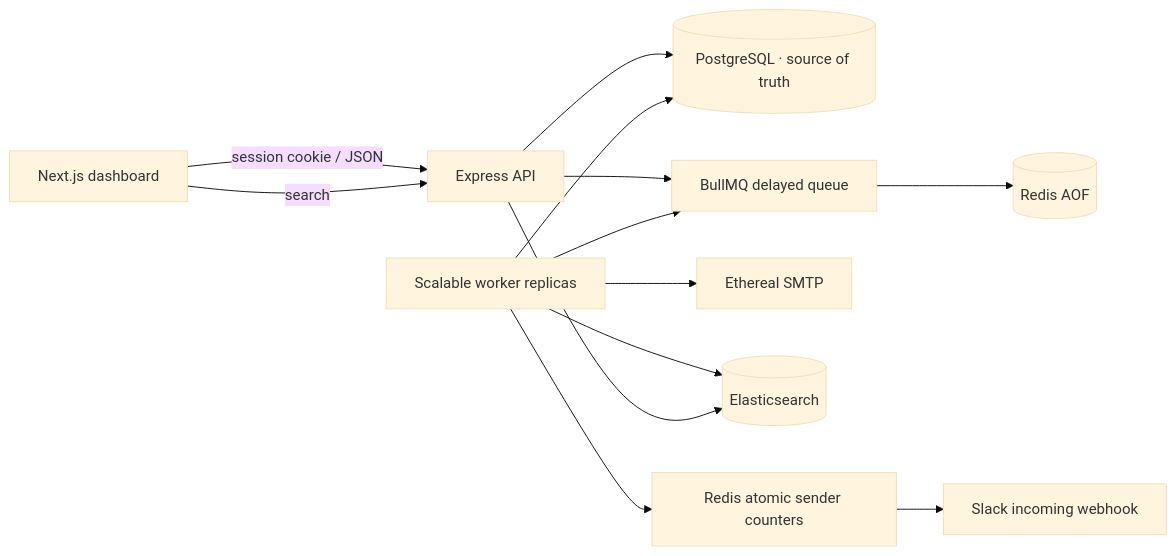
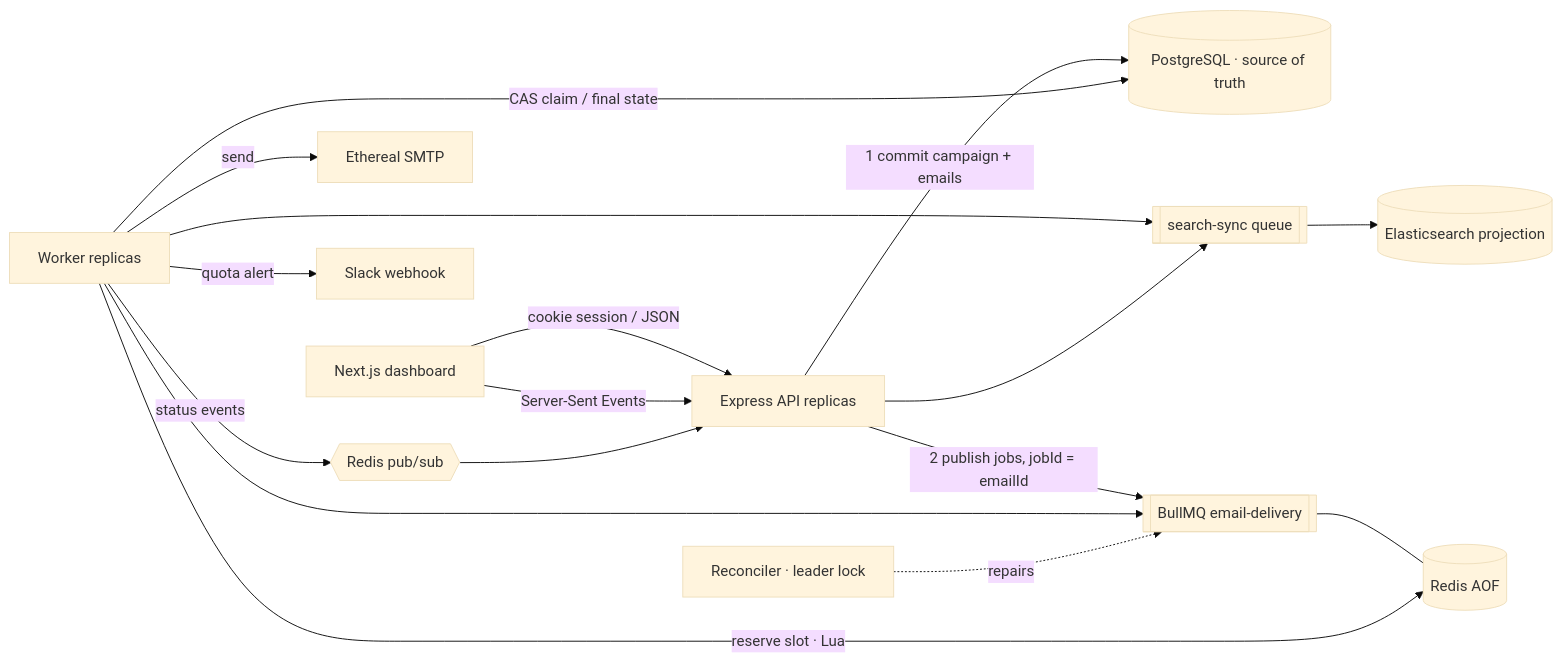
One commit to Ravikiranreddybada/reachinbox-scheduler changed the diagram in README.md. Above: the diagram before and after it, drawn with Mermaid (base theme). The commit also changed other lines of this file and 134 other files, not shown here.

````diff
--- a/README.md
+++ b/README.md
@@ -16,14 +24,16 @@
 ```mermaid
 flowchart LR
-  UI[Next.js dashboard] -->|session cookie / JSON| API[Express API]
-  API --> DB[(PostgreSQL · source of truth)]
-  API --> Q[BullMQ delayed queue]
-  Q --> R[(Redis AOF)]
-  W[Scalable worker replicas] --> Q
-  W --> DB
-  W --> SMTP[Ethereal SMTP]
-  W --> ES[(Elasticsearch)]
-  W --> RL[Redis atomic sender counters]
-  RL --> SLACK[Slack incoming webhook]
-  UI -->|search| API --> ES
+  UI[Next.js dashboard] -- cookie session / JSON --> API[Express API replicas]
+  UI -- Server-Sent Events --> API
+  API -- 1 commit campaign + emails --> DB[(PostgreSQL · source of truth)]
+  API -- 2 publish jobs, jobId = emailId --> Q[[BullMQ email-delivery]]
+  Q --- R[(Redis AOF)]
+  W[Worker replicas] --> Q
+  W -- reserve slot · Lua --> R
+  W -- CAS claim / final state --> DB
+  W -- send --> SMTP[Ethereal SMTP]
+  W -- status events --> PS{{Redis pub/sub}} --> API
+  W -- quota alert --> SLACK[Slack webhook]
+  W & API --> SQ[[search-sync queue]] --> ES[(Elasticsearch projection)]
+  REC[Reconciler · leader lock] -. repairs .-> Q
 ```
````
